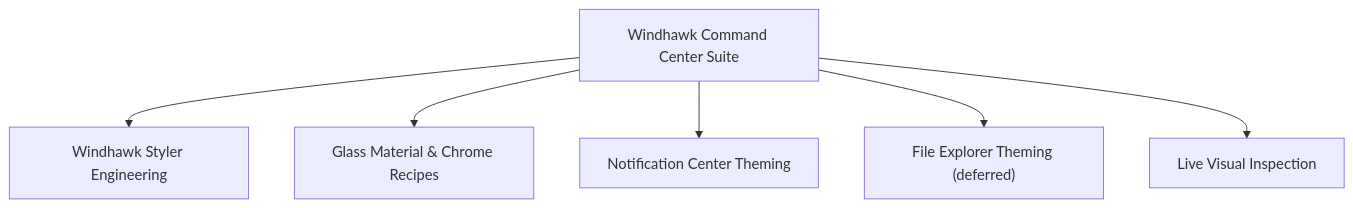
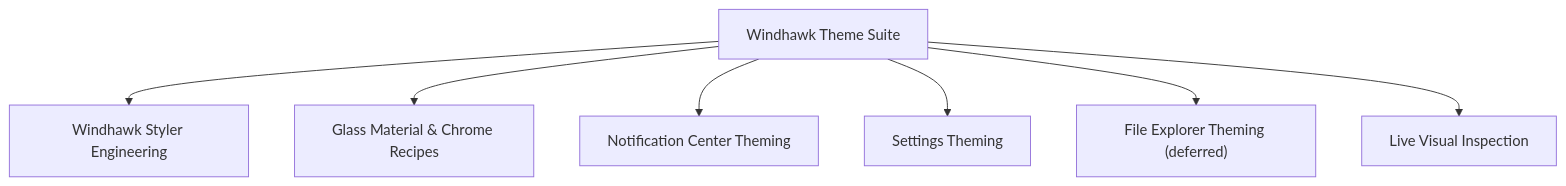
The diagram in .agents/skills/README.md (HELIX-Origin/Windhawk-Command-Center-Suite), drawn with Mermaid before and after one commit. The commit also changed other lines of this file and 113 other files, not shown here.

First line of the commit message:
feat(suite): convert to Windhawk-Themes universal framework and add GitHub Pages site

````diff
--- a/.agents/skills/README.md
+++ b/.agents/skills/README.md
@@ -21,8 +22,9 @@
 ```mermaid
 flowchart TD
-    Suite["Windhawk Command Center Suite"] --> Engine["Windhawk Styler Engineering"]
+    Suite["Windhawk Theme Suite"] --> Engine["Windhawk Styler Engineering"]
     Suite --> Glass["Glass Material & Chrome Recipes"]
     Suite --> NC["Notification Center Theming"]
+    Suite --> Settings["Settings Theming"]
     Suite --> FE["File Explorer Theming (deferred)"]
     Suite --> Inspect["Live Visual Inspection"]
 ```
````
